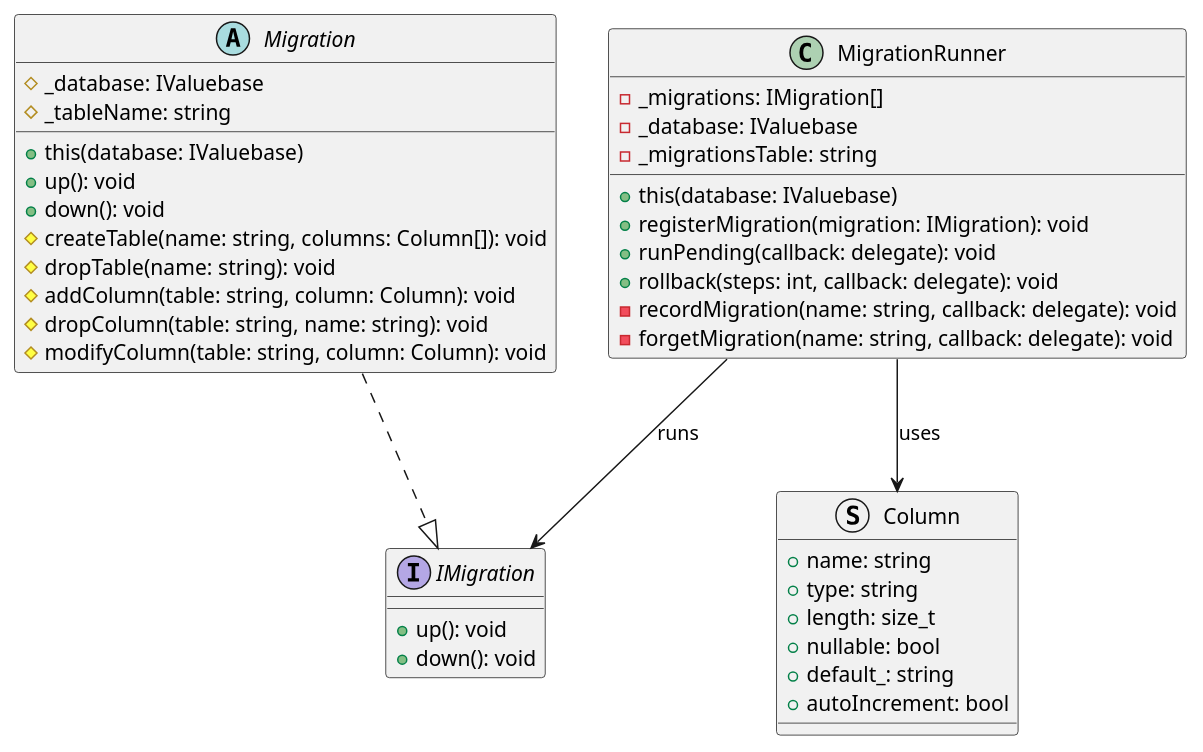
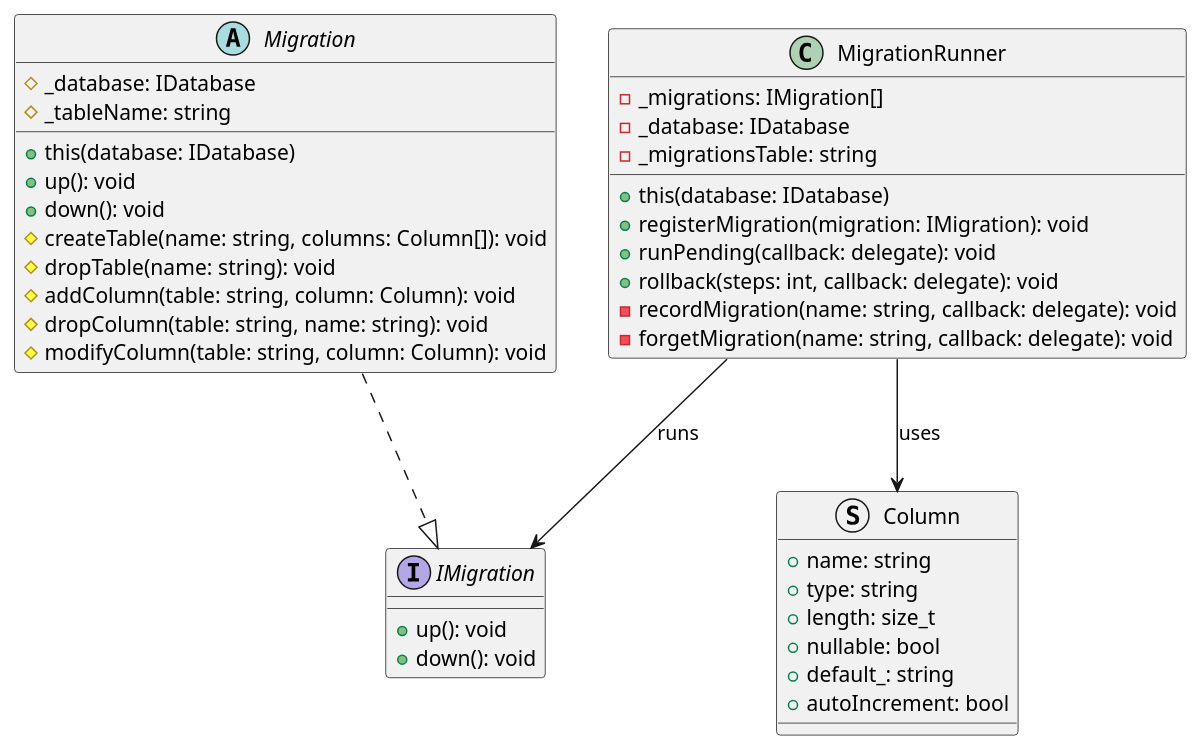
The sixth of 9 diagrams in orm/UML.md (UIMSolutions/uim-framework), drawn with PlantUML before and after one commit. The commit also changed other lines of this file and 21 other files, not shown here.

````diff
--- a/orm/UML.md
+++ b/orm/UML.md
@@ -282,50 +282,50 @@
 ```plantuml
 @startuml ORM_Migrations
 
 interface IMigration {
   + up(): void
   + down(): void
 }
 
 abstract class Migration {
-  # _database: IValuebase
+  # _database: IDatabase
   # _tableName: string
   
-  + this(database: IValuebase)
+  + this(database: IDatabase)
   + up(): void
   + down(): void
   # createTable(name: string, columns: Column[]): void
   # dropTable(name: string): void
   # addColumn(table: string, column: Column): void
   # dropColumn(table: string, name: string): void
   # modifyColumn(table: string, column: Column): void
 }
 
 class MigrationRunner {
   - _migrations: IMigration[]
-  - _database: IValuebase
+  - _database: IDatabase
   - _migrationsTable: string
   
-  + this(database: IValuebase)
+  + this(database: IDatabase)
   + registerMigration(migration: IMigration): void
   + runPending(callback: delegate): void
   + rollback(steps: int, callback: delegate): void
   - recordMigration(name: string, callback: delegate): void
   - forgetMigration(name: string, callback: delegate): void
 }
 
 struct Column {
   + name: string
   + type: string
   + length: size_t
   + nullable: bool
   + default_: string
   + autoIncrement: bool
 }
 
 Migration ..|> IMigration
 MigrationRunner --> IMigration : runs
 MigrationRunner --> Column : uses
 
 @enduml
 ```
````
